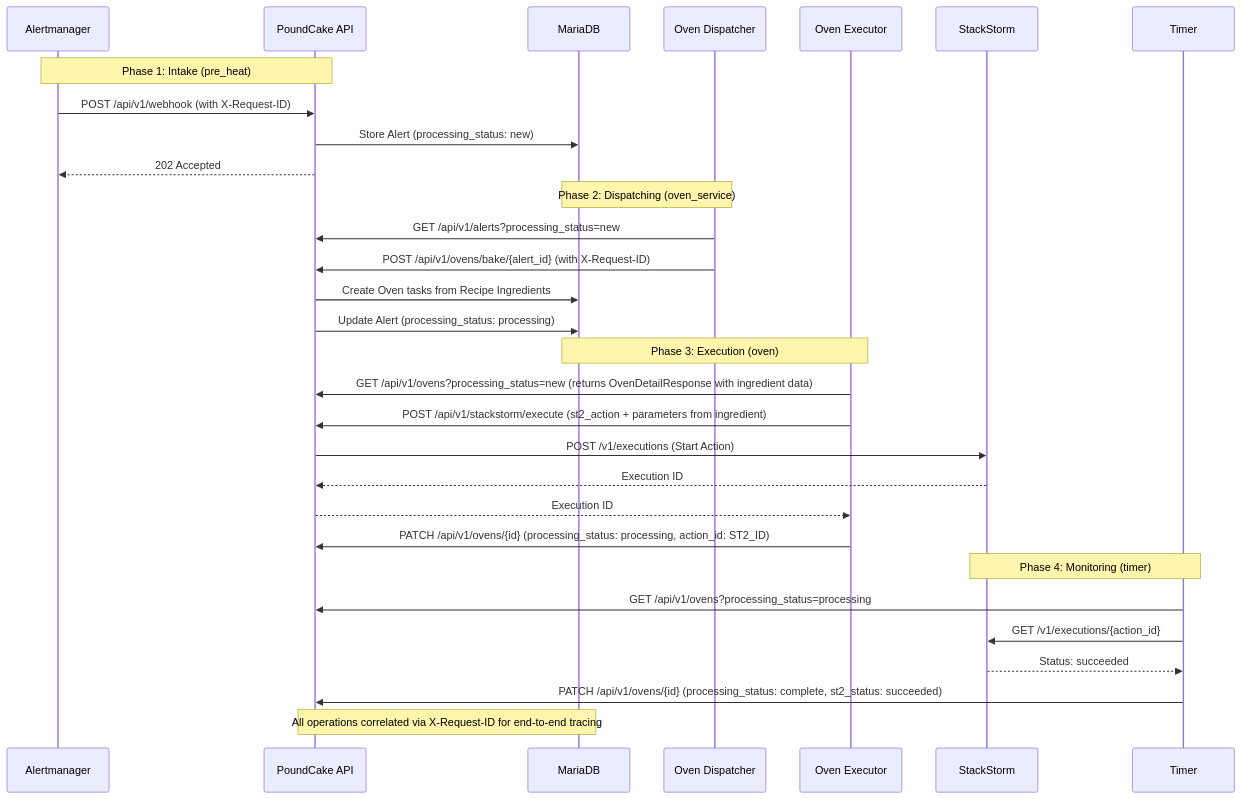
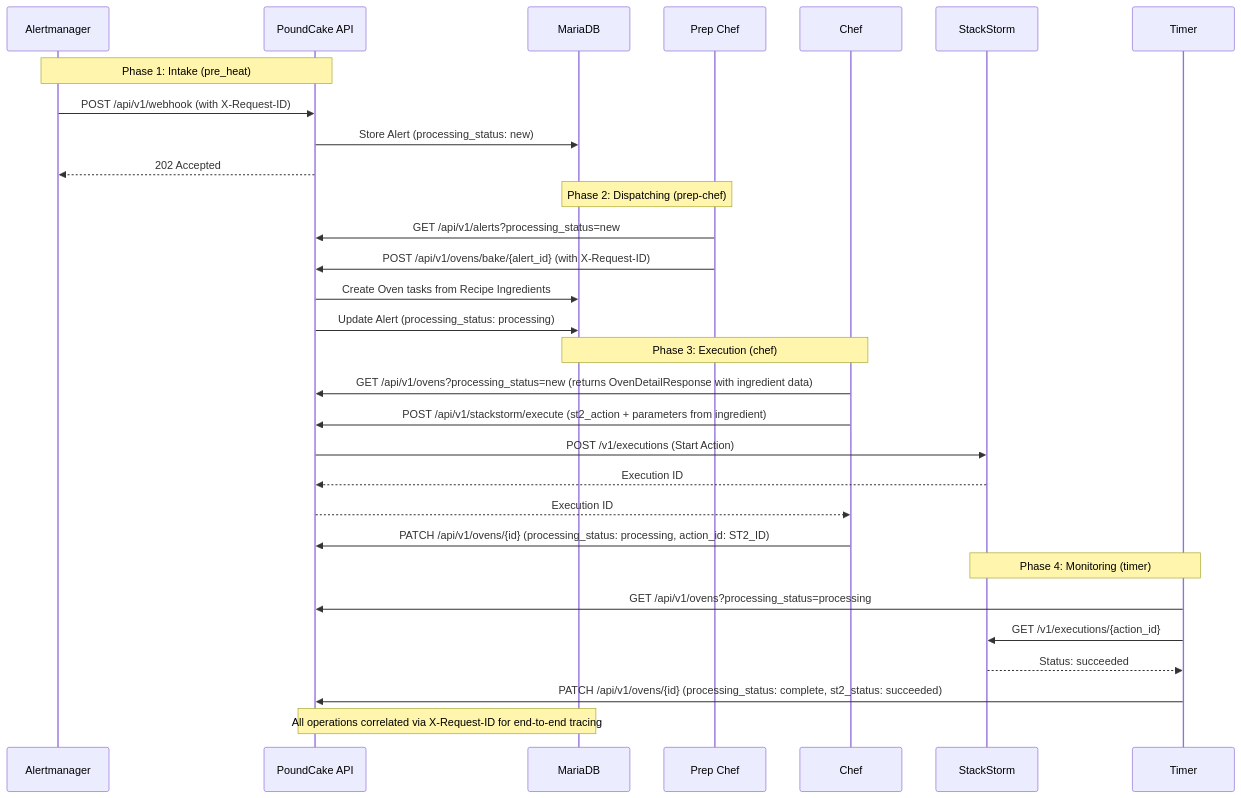
The diagram in README.md (rackerlabs/poundcake), drawn with Mermaid before and after one commit. The commit also changed other lines of this file and 31 other files, not shown here.

````diff
--- a/README.md
+++ b/README.md
@@ -11,37 +11,37 @@
 ```mermaid
 sequenceDiagram
     participant AM as Alertmanager
     participant API as PoundCake API
     participant DB as MariaDB
-    participant OD as Oven Dispatcher
-    participant OE as Oven Executor
+    participant OD as Prep Chef
+    participant OE as Chef
     participant ST2 as StackStorm
     participant T as Timer
 
     Note over AM, API: Phase 1: Intake (pre_heat)
     AM->>API: POST /api/v1/webhook (with X-Request-ID)
     API->>DB: Store Alert (processing_status: new)
     API-->>AM: 202 Accepted
 
-    Note over DB, OD: Phase 2: Dispatching (oven_service)
+    Note over DB, OD: Phase 2: Dispatching (prep-chef)
     OD->>API: GET /api/v1/alerts?processing_status=new
     OD->>API: POST /api/v1/ovens/bake/{alert_id} (with X-Request-ID)
     API->>DB: Create Oven tasks from Recipe Ingredients
     API->>DB: Update Alert (processing_status: processing)
 
-    Note over DB, OE: Phase 3: Execution (oven)
+    Note over DB, OE: Phase 3: Execution (chef)
     OE->>API: GET /api/v1/ovens?processing_status=new (returns OvenDetailResponse with ingredient data)
     OE->>API: POST /api/v1/stackstorm/execute (st2_action + parameters from ingredient)
     API->>ST2: POST /v1/executions (Start Action)
     ST2-->>API: Execution ID
     API-->>OE: Execution ID
     OE->>API: PATCH /api/v1/ovens/{id} (processing_status: processing, action_id: ST2_ID)
 
     Note over ST2, T: Phase 4: Monitoring (timer)
     T->>API: GET /api/v1/ovens?processing_status=processing
     T->>ST2: GET /v1/executions/{action_id}
     ST2-->>T: Status: succeeded
     T->>API: PATCH /api/v1/ovens/{id} (processing_status: complete, st2_status: succeeded)
 
     Note over API, DB: All operations correlated via X-Request-ID for end-to-end tracing
 ```
````
